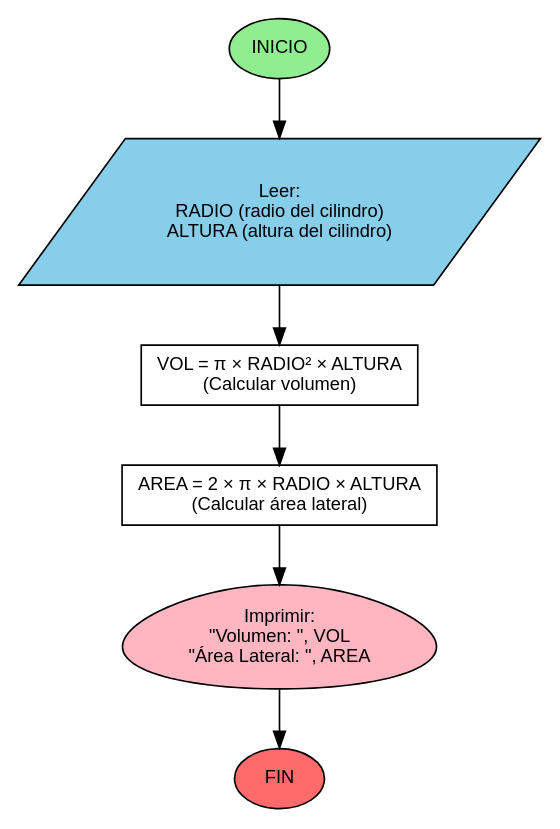
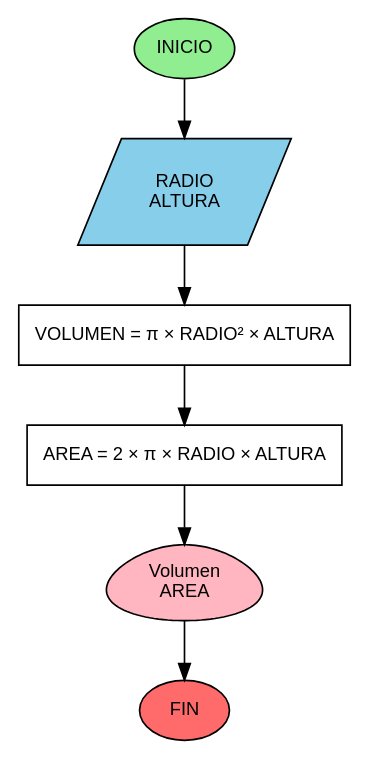
One commit to RosarioReyesMtz/java-tutor-tics changed the diagram in Diagramas/diagrama_1_5.dot. Above: the diagram before and after it, drawn with Graphviz. The commit also changed 1 other file, not shown here.

```diff
--- a/Diagramas/diagrama_1_5.dot
+++ b/Diagramas/diagrama_1_5.dot
@@ -1,30 +1,30 @@
 digraph problema_1_5 {
     // Configuración general
     rankdir=TB;
     node [fontname="Arial", fontsize=11];
     
     // Inicio
     inicio [label="INICIO", shape=ellipse, style=filled, fillcolor="#90EE90"];
     
     // Entrada de datos
-    entrada [label="Leer:\nRADIO (radio del cilindro)\nALTURA (altura del cilindro)", shape=parallelogram, style=filled, fillcolor="#87CEEB"];
+    entrada [label="RADIO\nALTURA ", shape=parallelogram, style=filled, fillcolor="#87CEEB"];
     
     // Cálculo del volumen
-    calc_vol [label="VOL = π × RADIO² × ALTURA\n(Calcular volumen)", shape=box];
+    calc_vol [label="VOLUMEN = π × RADIO² × ALTURA\n", shape=box];
     
     // Cálculo del área lateral
-    calc_area [label="AREA = 2 × π × RADIO × ALTURA\n(Calcular área lateral)", shape=box];
+    calc_area [label="AREA = 2 × π × RADIO × ALTURA\n", shape=box];
     
     // Salida de resultados
-    salida [label="Imprimir:\n\"Volumen: \", VOL\n\"Área Lateral: \", AREA", shape=egg, style=filled, fillcolor="#FFB6C1"];
+    salida [label=" Volumen\n AREA", shape=egg, style=filled, fillcolor="#FFB6C1"];
     
     // Fin
     fin [label="FIN", shape=ellipse, style=filled, fillcolor="#FF6B6B"];
     
     // Conexiones
     inicio -> entrada;
     entrada -> calc_vol;
     calc_vol -> calc_area;
     calc_area -> salida;
     salida -> fin;
 }
```
